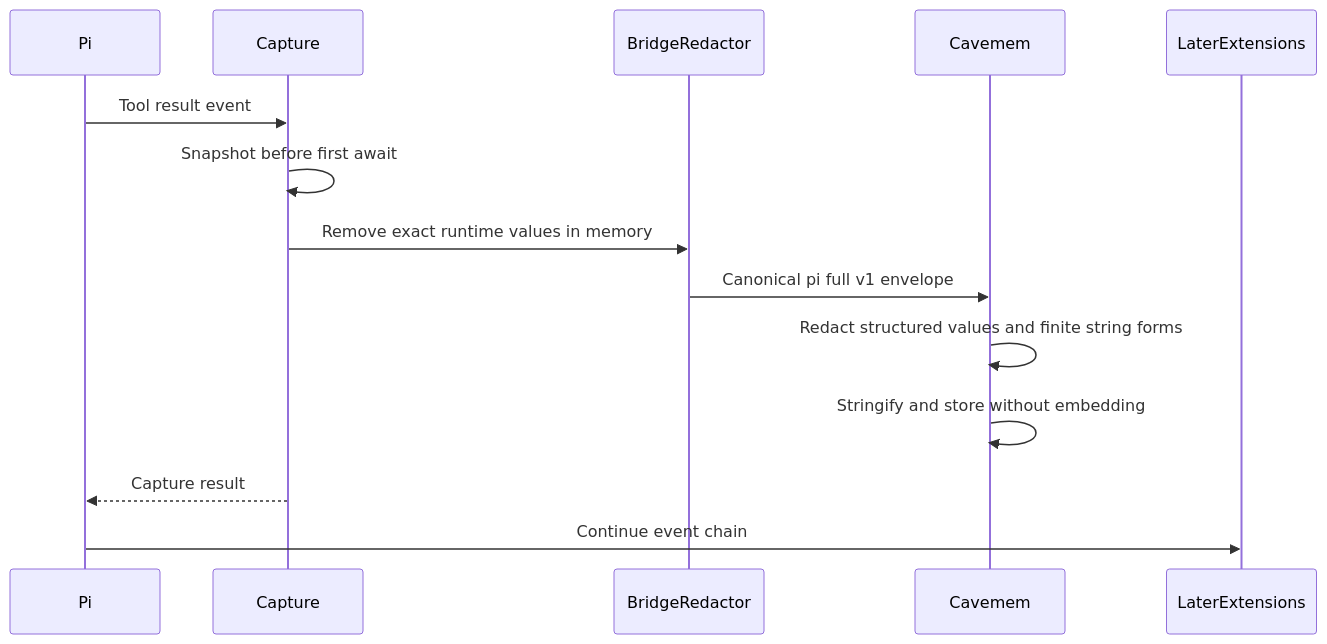
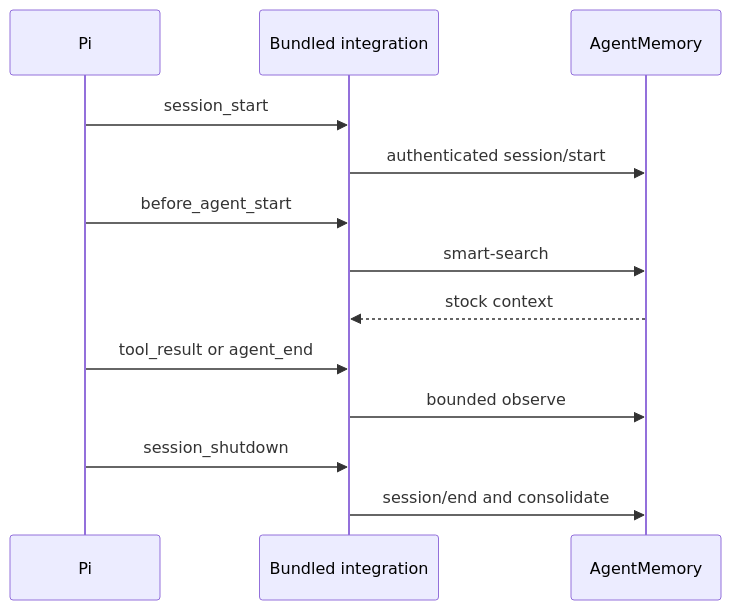
One commit to DWSR/nix-config changed the third of 3 diagrams in .kiro/specs/pi-agent-integration/design.md. Above: the diagram before and after it, drawn with Mermaid. The commit also changed other lines of this file and 5 other files, not shown here.

Commit message:
docs(pi-agent-integration): align memory backend with agentmemory

````diff
--- a/.kiro/specs/pi-agent-integration/design.md
+++ b/.kiro/specs/pi-agent-integration/design.md
@@ -266,17 +256,16 @@
 ```mermaid
 sequenceDiagram
     participant Pi
-    participant Capture
-    participant BridgeRedactor
-    participant Cavemem
-    participant LaterExtensions
+    participant Plugin as Bundled integration
+    participant AgentMemory
 
-    Pi->>Capture: Tool result event
-    Capture->>Capture: Snapshot before first await
-    Capture->>BridgeRedactor: Remove exact runtime values in memory
-    BridgeRedactor->>Cavemem: Canonical pi full v1 envelope
-    Cavemem->>Cavemem: Redact structured values and finite string forms
-    Cavemem->>Cavemem: Stringify and store without embedding
-    Capture-->>Pi: Capture result
-    Pi->>LaterExtensions: Continue event chain
+    Pi->>Plugin: session_start
+    Plugin->>AgentMemory: authenticated session/start
+    Pi->>Plugin: before_agent_start
+    Plugin->>AgentMemory: smart-search
+    AgentMemory-->>Plugin: stock context
+    Pi->>Plugin: tool_result or agent_end
+    Plugin->>AgentMemory: bounded observe
+    Pi->>Plugin: session_shutdown
+    Plugin->>AgentMemory: session/end and consolidate
 ```
````
